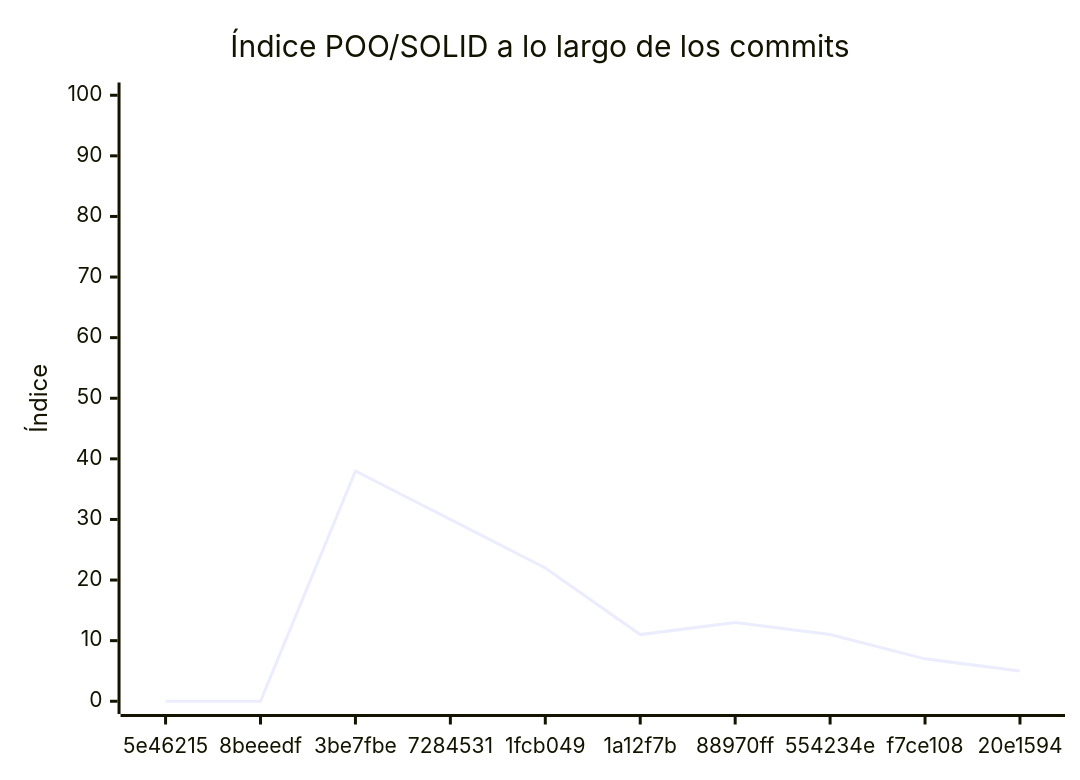
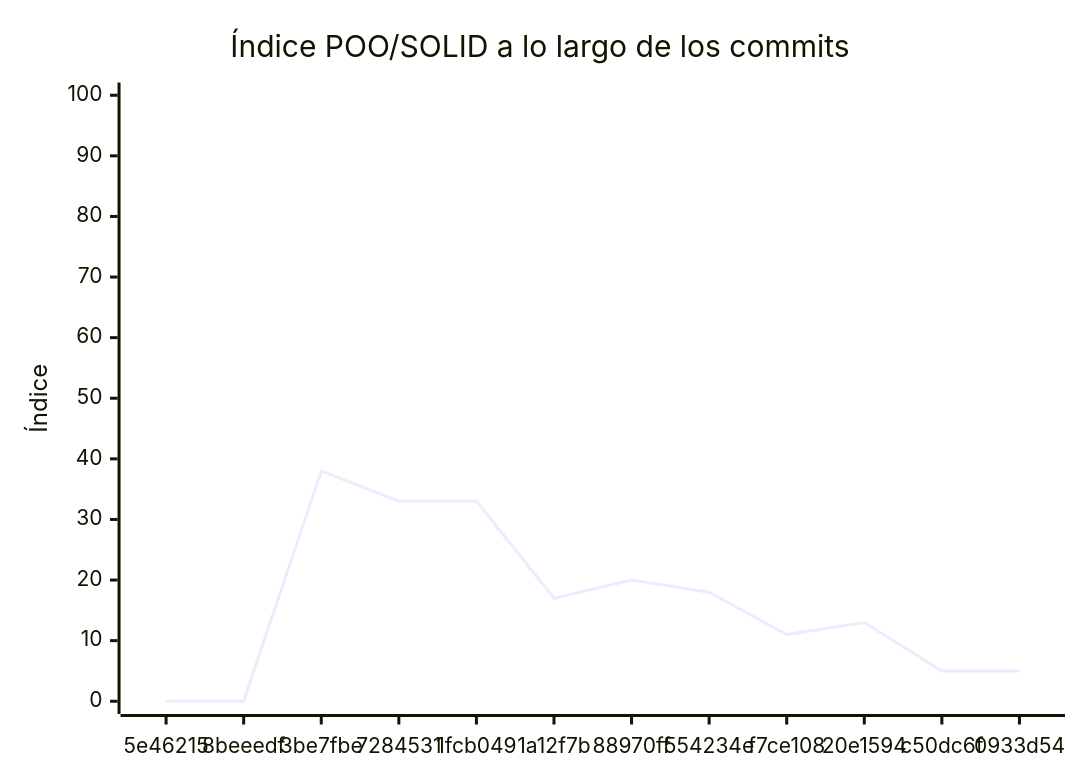
The diagram in docs/EVALUACION.md (Stark-Industries123/PROYECTO-FINAL-EUYIN), drawn with Mermaid before and after one commit. The commit also changed other lines of this file and 1 other file, not shown here.

````diff
--- a/docs/EVALUACION.md
+++ b/docs/EVALUACION.md
@@ -274,7 +308,7 @@
 ```mermaid
 xychart-beta
     title "Índice POO/SOLID a lo largo de los commits"
-    x-axis ["5e46215", "8beeedf", "3be7fbe", "7284531", "1fcb049", "1a12f7b", "88970ff", "554234e", "f7ce108", "20e1594"]
+    x-axis ["5e46215", "8beeedf", "3be7fbe", "7284531", "1fcb049", "1a12f7b", "88970ff", "554234e", "f7ce108", "20e1594", "c50dc6f", "0933d54"]
     y-axis "Índice" 0 --> 100
-    line [0, 0, 38, 30, 22, 11, 13, 11, 7, 5]
+    line [0, 0, 38, 33, 33, 17, 20, 18, 11, 13, 5, 5]
 ```
````
